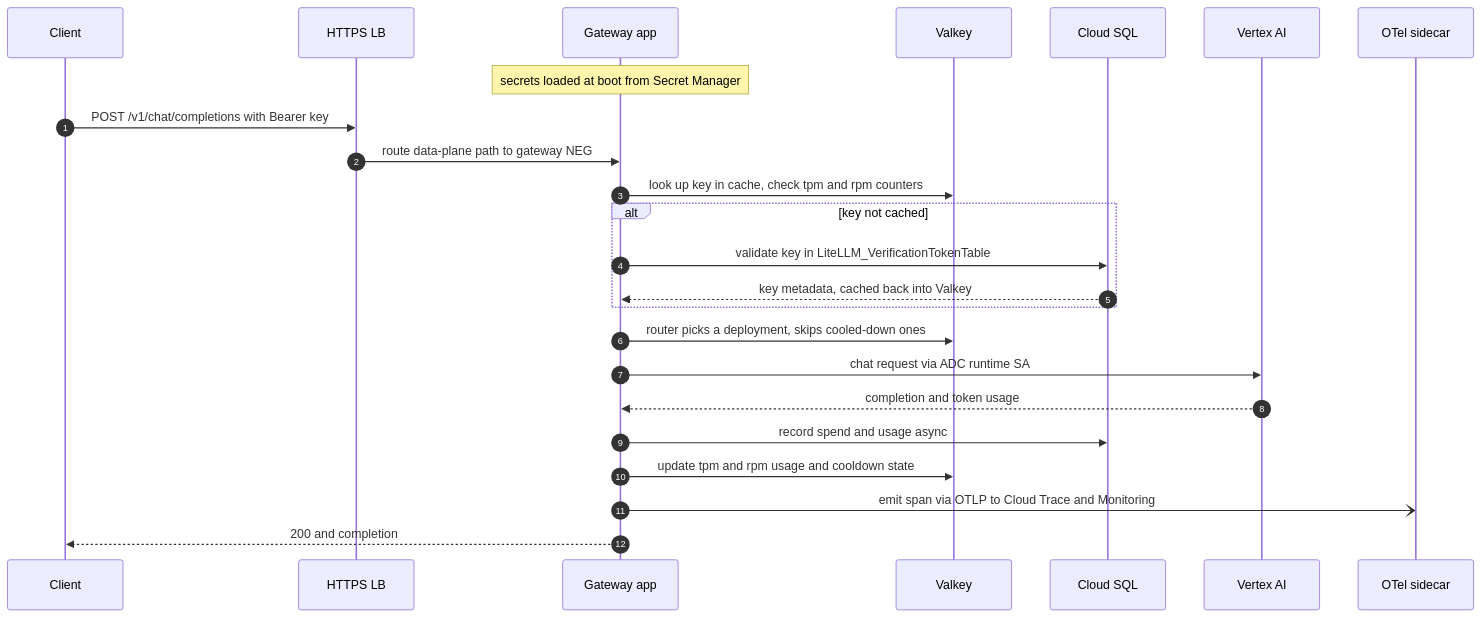
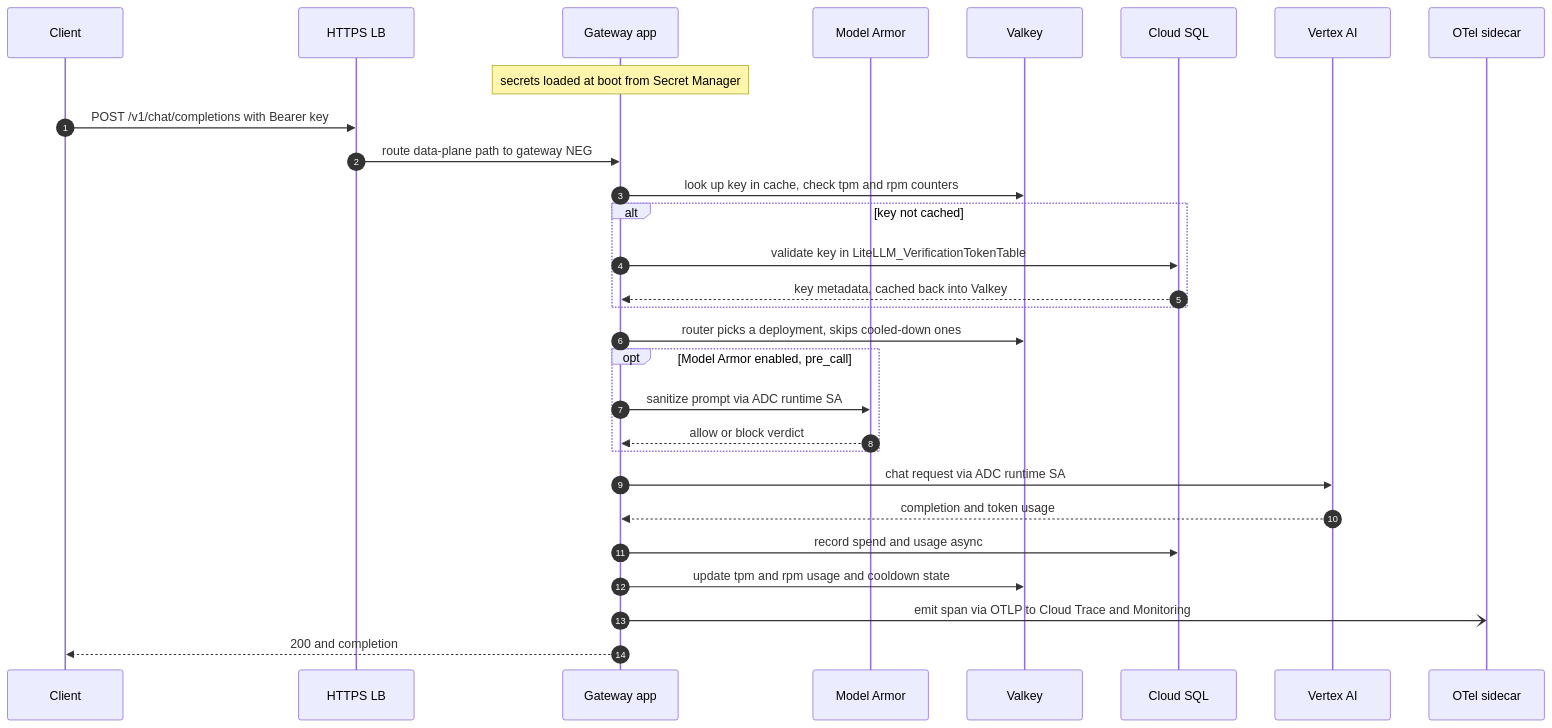
One commit to carlosmscabral/gcp-llm-gateway changed the fifth of 11 diagrams in docs/ARCHITECTURE.md. Above: the diagram before and after it, drawn with Mermaid. The commit also changed other lines of this file, not shown here.

First line of the commit message:
docs(architecture): show Model Armor in the diagrams, not just prose

````diff
--- a/docs/ARCHITECTURE.md
+++ b/docs/ARCHITECTURE.md
@@ -232,27 +235,32 @@
 ```mermaid
 sequenceDiagram
   autonumber
   participant C as Client
   participant LB as HTTPS LB
   participant GW as Gateway app
+  participant MA as Model Armor
   participant VK as Valkey
   participant PG as Cloud SQL
   participant VX as Vertex AI
   participant OT as OTel sidecar
 
   Note over GW: secrets loaded at boot from Secret Manager
   C->>LB: POST /v1/chat/completions with Bearer key
   LB->>GW: route data-plane path to gateway NEG
   GW->>VK: look up key in cache, check tpm and rpm counters
   alt key not cached
     GW->>PG: validate key in LiteLLM_VerificationTokenTable
     PG-->>GW: key metadata, cached back into Valkey
   end
   GW->>VK: router picks a deployment, skips cooled-down ones
+  opt Model Armor enabled, pre_call
+    GW->>MA: sanitize prompt via ADC runtime SA
+    MA-->>GW: allow or block verdict
+  end
   GW->>VX: chat request via ADC runtime SA
   VX-->>GW: completion and token usage
   GW->>PG: record spend and usage async
   GW->>VK: update tpm and rpm usage and cooldown state
   GW-)OT: emit span via OTLP to Cloud Trace and Monitoring
   GW-->>C: 200 and completion
 ```
````
